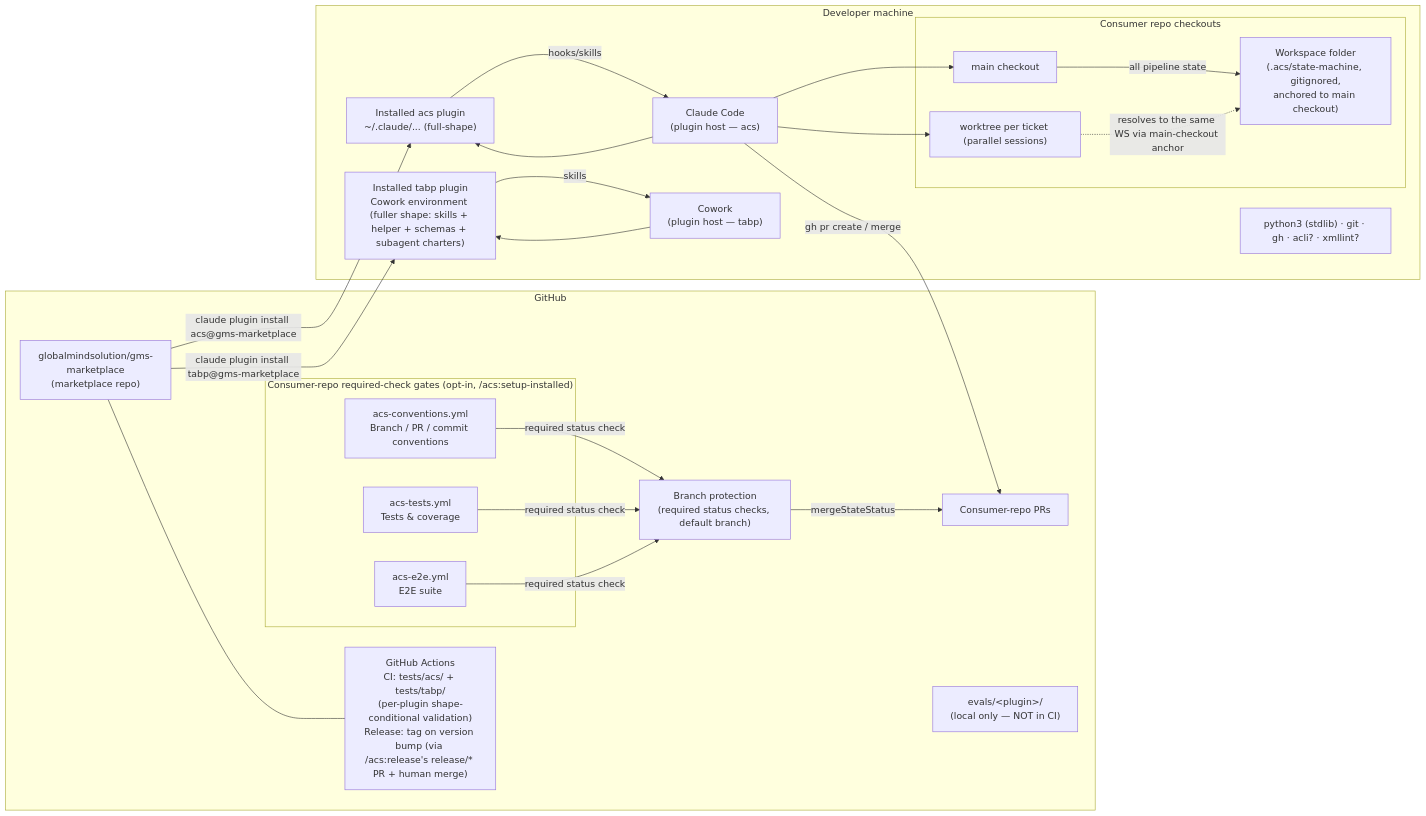
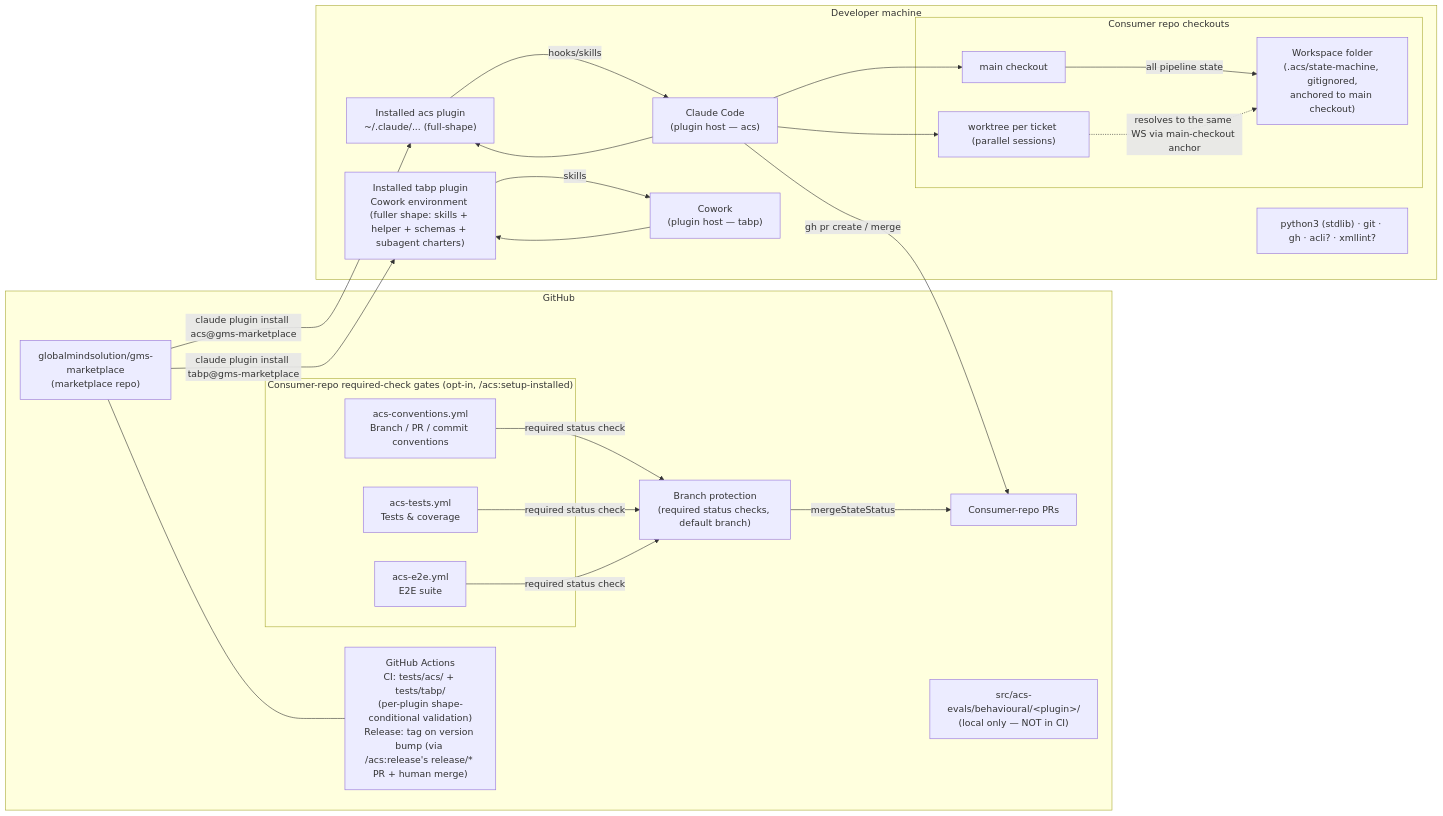
Before and after one commit to globalmindsolution/gms-marketplace: the diagram in docs/architecture/hld/deployment.md, drawn with Mermaid. The commit also changed other lines of this file and 57 other files, not shown here.

````diff
--- a/docs/architecture/hld/deployment.md
+++ b/docs/architecture/hld/deployment.md
@@ -3,42 +3,42 @@
 ```mermaid
 flowchart LR
     subgraph github["GitHub"]
         MR["globalmindsolution/gms-marketplace<br/>(marketplace repo)"]
         ACT["GitHub Actions<br/>CI: tests/acs/ + tests/tabp/<br/>(per-plugin shape-conditional validation)<br/>Release: tag on version bump (via /acs:release's release/* PR + human merge)"]
         PRS["Consumer-repo PRs"]
-        EVALS["evals/&lt;plugin&gt;/<br/>(local only — NOT in CI)"]
+        EVALS["src/acs-evals/behavioural/&lt;plugin&gt;/<br/>(local only — NOT in CI)"]
         subgraph gates["Consumer-repo required-check gates (opt-in, /acs:setup-installed)"]
             G_CONV["acs-conventions.yml<br/>Branch / PR / commit conventions"]
             G_TEST["acs-tests.yml<br/>Tests & coverage"]
             G_E2E["acs-e2e.yml<br/>E2E suite"]
         end
         BP["Branch protection<br/>(required status checks, default branch)"]
     end
 
     subgraph machine["Developer machine"]
         CC["Claude Code<br/>(plugin host — acs)"]
         CW["Cowork<br/>(plugin host — tabp)"]
         PI_ACS["Installed acs plugin<br/>~/.claude/... (full-shape)"]
         PI_TABP["Installed tabp plugin<br/>Cowork environment (fuller shape: skills + helper + schemas + subagent charters)"]
         subgraph checkouts["Consumer repo checkouts"]
             CO1["main checkout"]
             CO2["worktree per ticket (parallel sessions)"]
             WS["Workspace folder<br/>(.acs/state-machine, gitignored,<br/>anchored to main checkout)"]
         end
         PY["python3 (stdlib) · git · gh · acli? · xmllint?"]
     end
 
     MR -- "claude plugin install acs@gms-marketplace" --> PI_ACS
     MR -- "claude plugin install tabp@gms-marketplace" --> PI_TABP
     MR --- ACT
     CC --> PI_ACS
     PI_ACS -- hooks/skills --> CC
     CW --> PI_TABP
     PI_TABP -- skills --> CW
     CC --> CO1 & CO2
     CO1 -- "all pipeline state" --> WS
     CO2 -. "resolves to the same WS via main-checkout anchor" .-> WS
     CC -- "gh pr create / merge" --> PRS
     G_CONV & G_TEST & G_E2E -- "required status check" --> BP
     BP -- "mergeStateStatus" --> PRS
 ```
````
